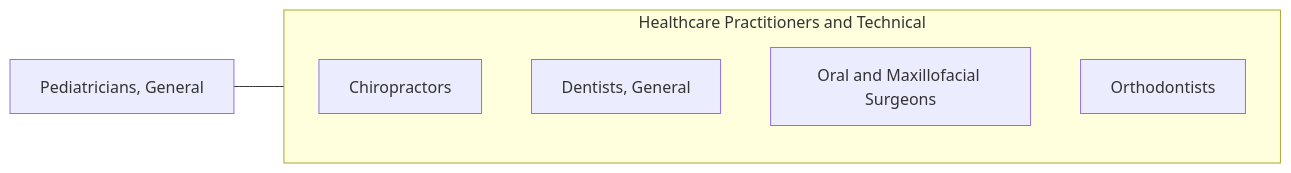
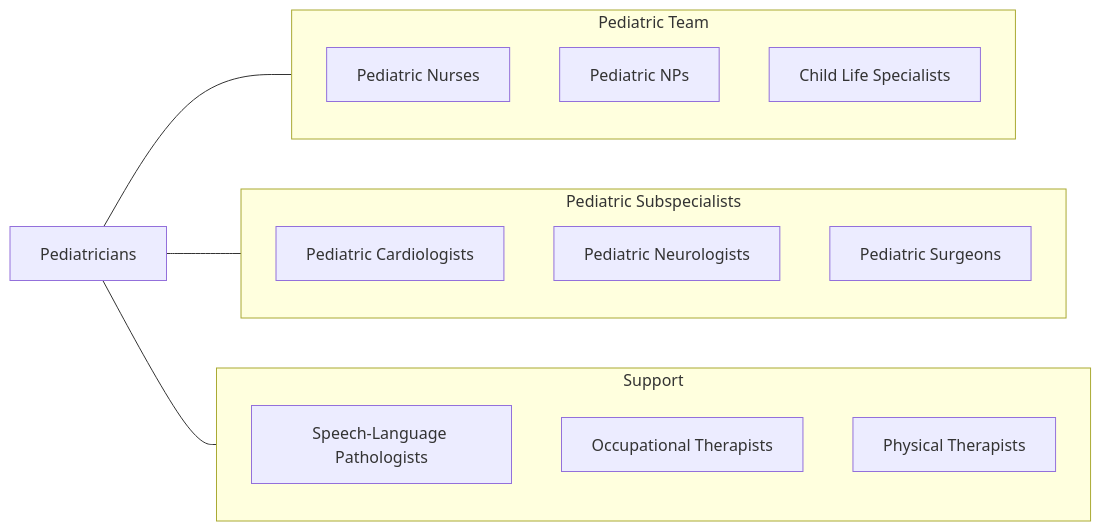
The fourth of 4 diagrams in occupations/HealthcarePractitioners/PediatriciansGeneral.mdx (kziemski/business.org.ai), drawn with Mermaid before and after one commit. The commit also changed other lines of this file and 938 other files, not shown here.

````diff
--- a/occupations/HealthcarePractitioners/PediatriciansGeneral.mdx
+++ b/occupations/HealthcarePractitioners/PediatriciansGeneral.mdx
@@ -124,13 +207,26 @@
 ```mermaid
 graph LR
-    Current["Pediatricians, General"]
+    Current["Pediatricians"]
 
-    subgraph SameCategory["Healthcare Practitioners and Technical"]
-        Chiropractors["Chiropractors"]
-        DentistsGeneral["Dentists, General"]
-        OralAndMaxillofacial["Oral and Maxillofacial Surgeons"]
-        Orthodontists["Orthodontists"]
+    subgraph PedTeam["Pediatric Team"]
+        PedNurse["Pediatric Nurses"]
+        PedNP["Pediatric NPs"]
+        ChildLife["Child Life Specialists"]
     end
 
-    Current --- SameCategory
+    subgraph PedSubspec["Pediatric Subspecialists"]
+        PedCards["Pediatric Cardiologists"]
+        PedNeuro["Pediatric Neurologists"]
+        PedSurg["Pediatric Surgeons"]
+    end
+
+    subgraph Support["Support"]
+        SLP["Speech-Language Pathologists"]
+        OT["Occupational Therapists"]
+        PT["Physical Therapists"]
+    end
+
+    Current --- PedTeam
+    Current --- PedSubspec
+    Current --- Support
 ```
````
